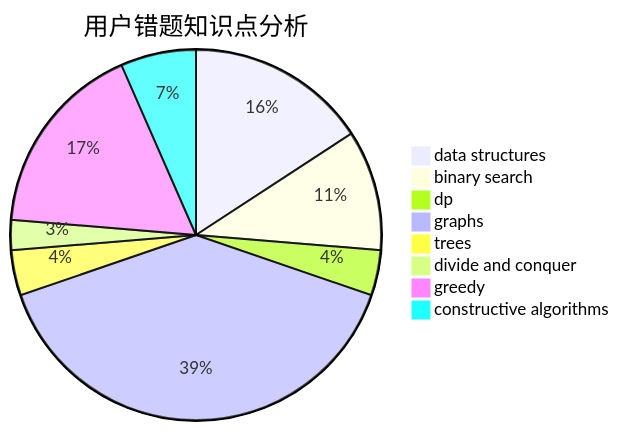
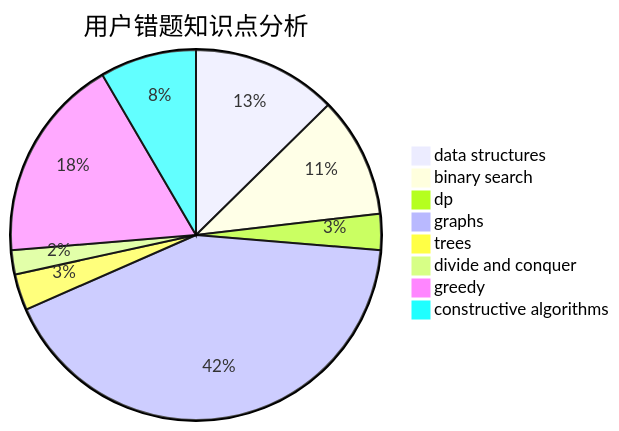
Before and after one commit to sherpahu/cfrs.github.io: the third of 3 diagrams in docs/user/u121.md, drawn with Mermaid. The commit also changed other lines of this file and 2770 other files, not shown here.

````diff
--- a/docs/user/u121.md
+++ b/docs/user/u121.md
@@ -36,11 +36,11 @@
 ```mermaid
 pie title 用户错题知识点分析
     "data structures" :  12
-    "binary search" :  8
+    "binary search" :  10
     "dp" :  3
-    "graphs" :  30
+    "graphs" :  40
     "trees" :  3
     "divide and conquer" :  2
-    "greedy" :  13
-    "constructive algorithms" :  5
+    "greedy" :  17
+    "constructive algorithms" :  8
 ```
````
